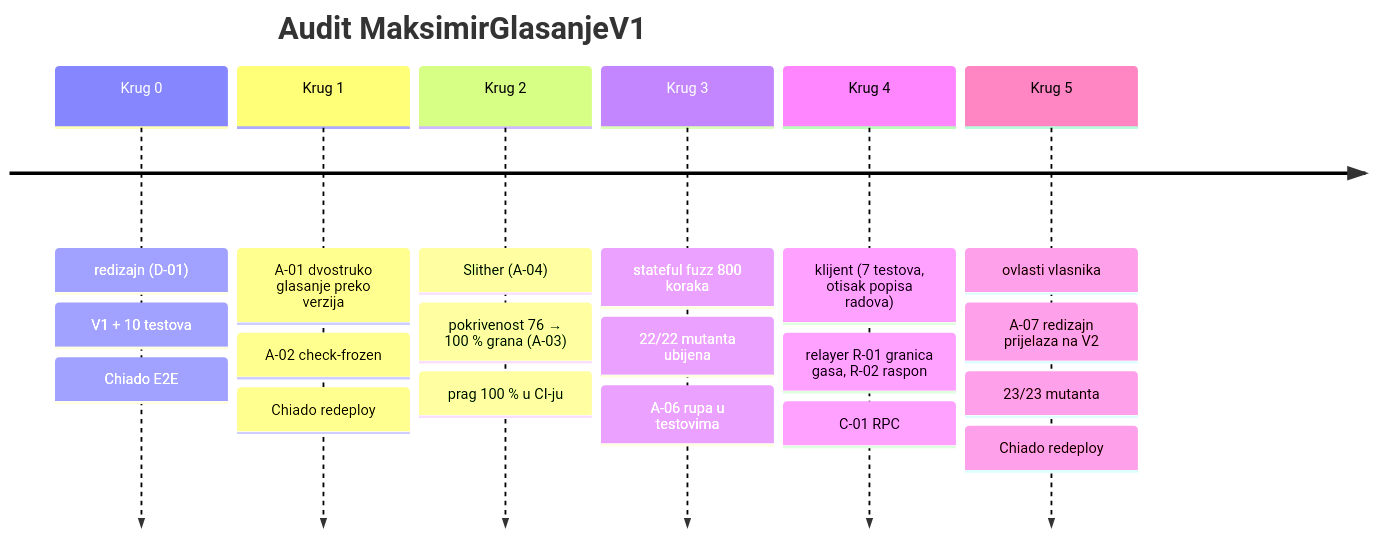
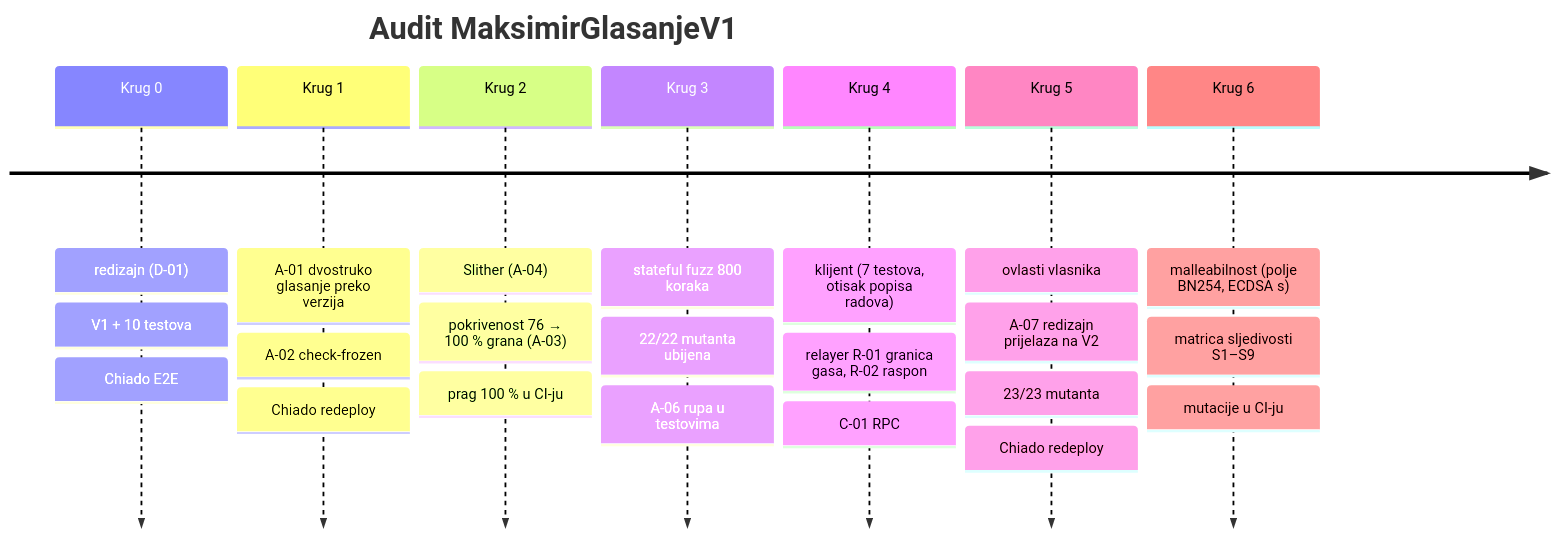
Before and after one commit to stepanic/stadion-maksimir-natjecaj-2026: the first of 3 diagrams in docs/blockchain/audit/krugovi.md, drawn with Mermaid. The commit also changed other lines of this file and 3 other files, not shown here.

First line of the commit message:
audit(glasanje): krug 6 — malleabilnost, matrica sljedivosti, mutacije u CI-ju

````diff
--- a/docs/blockchain/audit/krugovi.md
+++ b/docs/blockchain/audit/krugovi.md
@@ -5,10 +5,11 @@
 ```mermaid
 timeline
   title Audit MaksimirGlasanjeV1
   Krug 0 : redizajn (D-01) : V1 + 10 testova : Chiado E2E
   Krug 1 : A-01 dvostruko glasanje preko verzija : A-02 check-frozen : Chiado redeploy
   Krug 2 : Slither (A-04) : pokrivenost 76 → 100 % grana (A-03) : prag 100 % u CI-ju
   Krug 3 : stateful fuzz 800 koraka : 22/22 mutanta ubijena : A-06 rupa u testovima
   Krug 4 : klijent (7 testova, otisak popisa radova) : relayer R-01 granica gasa, R-02 raspon : C-01 RPC
   Krug 5 : ovlasti vlasnika : A-07 redizajn prijelaza na V2 : 23/23 mutanta : Chiado redeploy
+  Krug 6 : malleabilnost (polje BN254, ECDSA s) : matrica sljedivosti S1–S9 : mutacije u CI-ju
 ```
````
